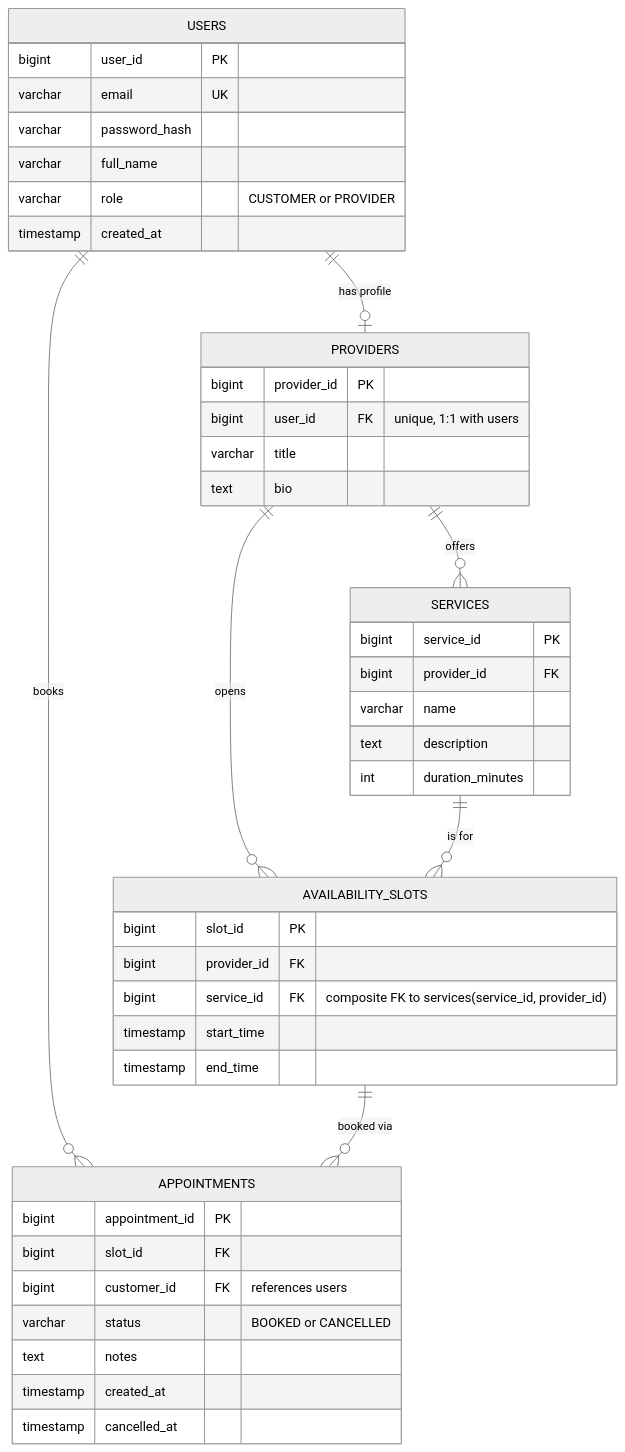
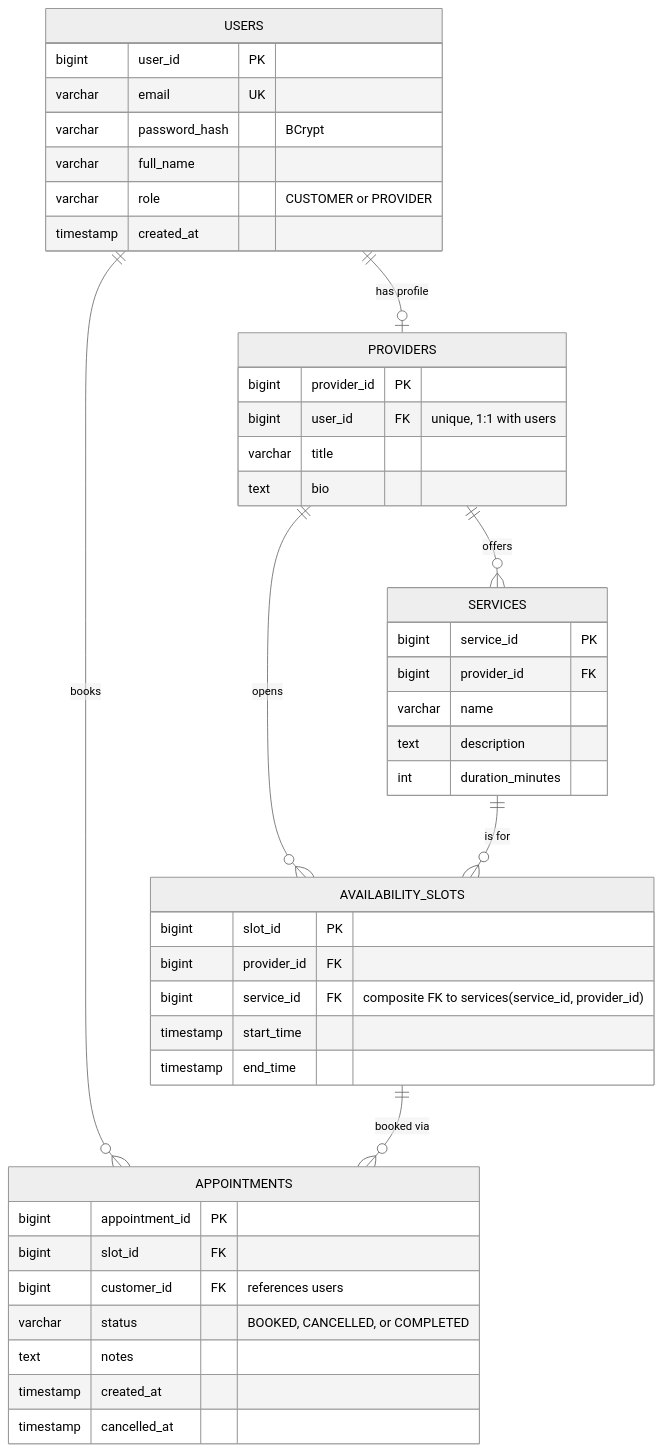
The diagram in README.md (KhangPham05/TutorSlot), drawn with Mermaid (neutral theme) before and after one commit. The commit also changed other lines of this file, not shown here.

````diff
--- a/README.md
+++ b/README.md
@@ -65,47 +96,47 @@
 ```mermaid
 erDiagram
     USERS ||--o| PROVIDERS : "has profile"
     USERS ||--o{ APPOINTMENTS : books
     PROVIDERS ||--o{ SERVICES : offers
     PROVIDERS ||--o{ AVAILABILITY_SLOTS : opens
     SERVICES ||--o{ AVAILABILITY_SLOTS : "is for"
     AVAILABILITY_SLOTS ||--o{ APPOINTMENTS : "booked via"
 
     USERS {
         bigint user_id PK
         varchar email UK
-        varchar password_hash
+        varchar password_hash "BCrypt"
         varchar full_name
         varchar role "CUSTOMER or PROVIDER"
         timestamp created_at
     }
     PROVIDERS {
         bigint provider_id PK
         bigint user_id FK "unique, 1:1 with users"
         varchar title
         text bio
     }
     SERVICES {
         bigint service_id PK
         bigint provider_id FK
         varchar name
         text description
         int duration_minutes
     }
     AVAILABILITY_SLOTS {
         bigint slot_id PK
         bigint provider_id FK
         bigint service_id FK "composite FK to services(service_id, provider_id)"
         timestamp start_time
         timestamp end_time
     }
     APPOINTMENTS {
         bigint appointment_id PK
         bigint slot_id FK
         bigint customer_id FK "references users"
-        varchar status "BOOKED or CANCELLED"
+        varchar status "BOOKED, CANCELLED, or COMPLETED"
         text notes
         timestamp created_at
         timestamp cancelled_at
     }
 ```
````
